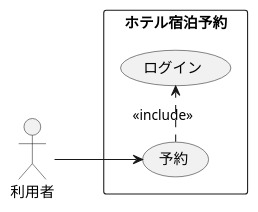
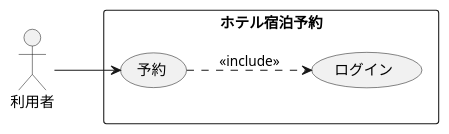
Before and after one commit to yoshidasen/uml-introduction: the diagram in 演習2-3_ホテル宿泊予約.pu, drawn with PlantUML. The commit also changed 1 other file, not shown here.

```diff
--- a/演習2-3_ホテル宿泊予約.pu
+++ b/演習2-3_ホテル宿泊予約.pu
@@ -1,12 +1,12 @@
 @startuml 演習2-3
     left to right direction
     actor 利用者
 
     rectangle ホテル宿泊予約 {
         usecase 予約
         usecase ログイン
     }
 
     利用者-->予約
-    予約 .> ログイン : <<include>>
+    予約 ..> ログイン : <<include>>
 @enduml
```
